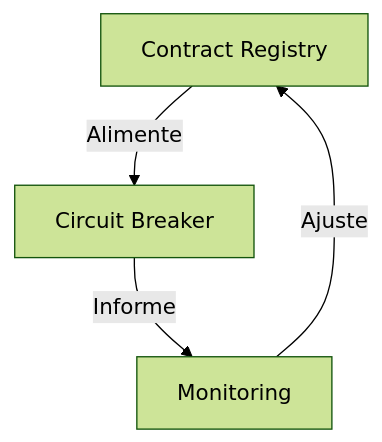
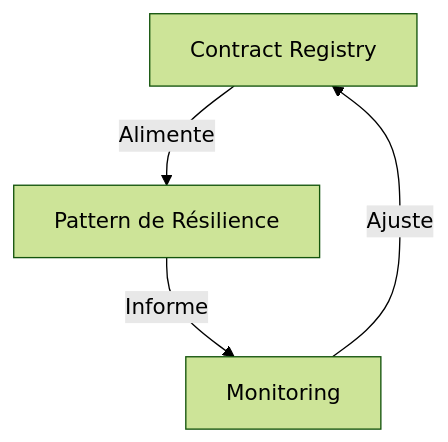
One commit to monmaya/pyb-data-contracts changed the fourth of 4 diagrams in docs/fr/articles/04-patterns-architecture.md. Above: the diagram before and after it, drawn with Mermaid (forest theme). The commit also changed other lines of this file and 4 other files, not shown here.

````diff
--- a/docs/fr/articles/04-patterns-architecture.md
+++ b/docs/fr/articles/04-patterns-architecture.md
@@ -116,6 +149,6 @@
 ```mermaid
 graph TD
-    A[Contract Registry] -->|Alimente| B[Circuit Breaker]
+    A[Contract Registry] -->|Alimente| B[Pattern de Résilience]
     B -->|Informe| C[Monitoring]
     C -->|Ajuste| A
 ```
````
